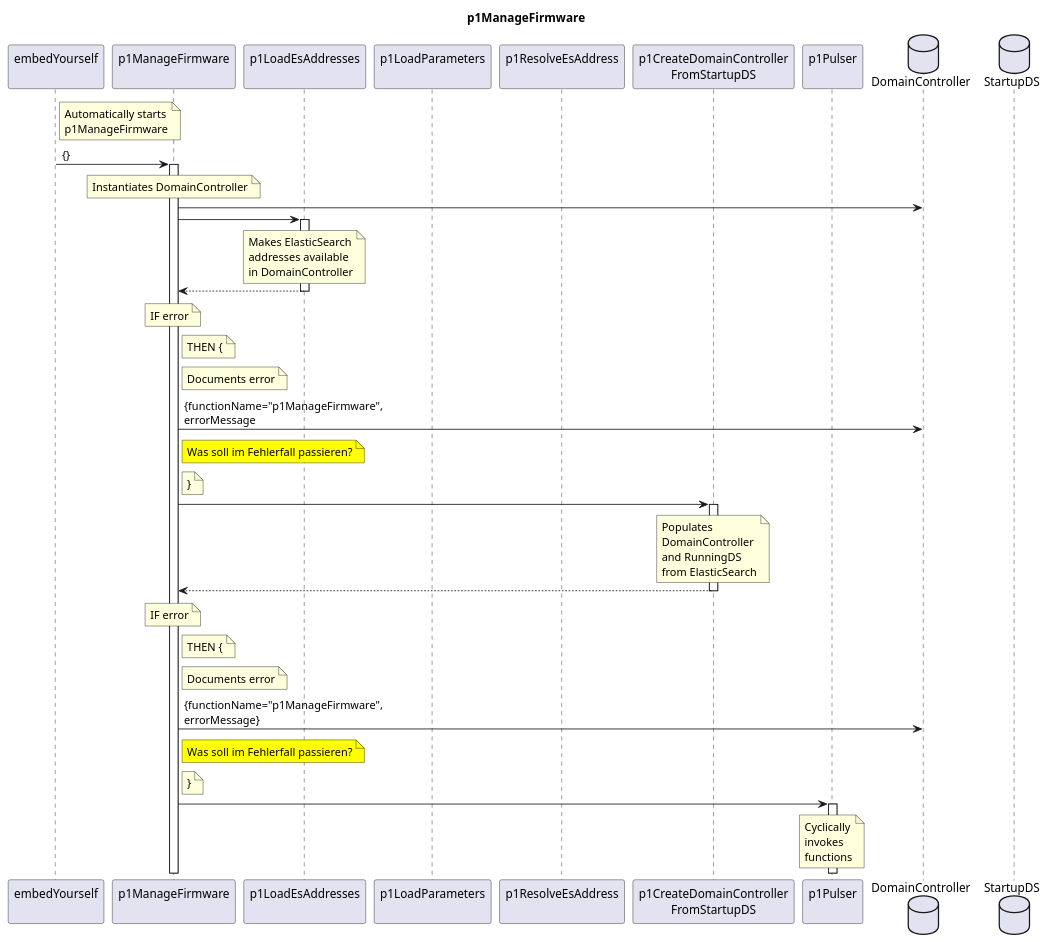
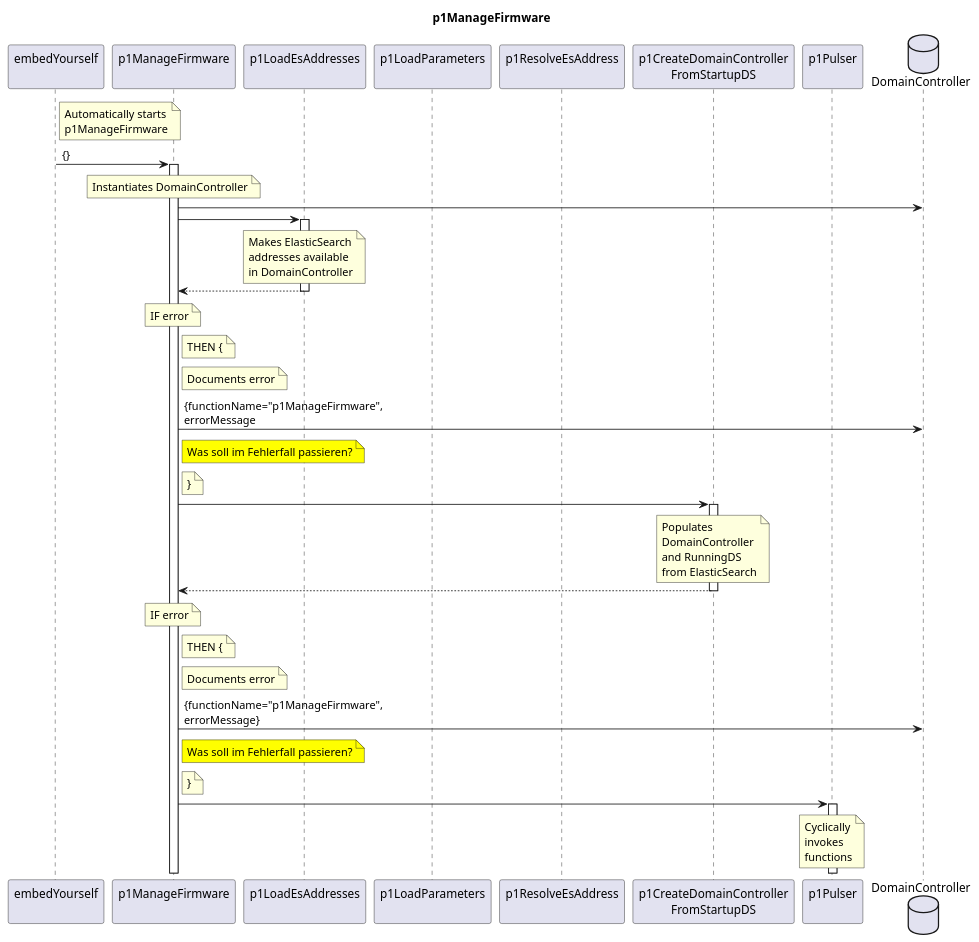
The diagram in spec/Functions/Administrative/p1ManageFirmware/1.0.0/p1ManageFirmware.plantuml (openBackhaul/FirmWareManager), drawn with PlantUML before and after one commit. The commit also changed 10 other files, not shown here.

```diff
--- a/spec/Functions/Administrative/p1ManageFirmware/1.0.0/p1ManageFirmware.plantuml
+++ b/spec/Functions/Administrative/p1ManageFirmware/1.0.0/p1ManageFirmware.plantuml
@@ -1,91 +1,90 @@
 @startuml p1ManageFirmware
 skinparam responseMessageBelowArrow true
 
 title
   p1ManageFirmware
 end title
 
 participant "embedYourself\n" as embed
 participant "p1ManageFirmware\n" as p1ManaFw
 participant "p1LoadEsAddresses\n" as p1LEA
 participant "p1LoadParameters\n" as p1LP
 participant "p1ResolveEsAddress\n" as p1REA
 participant "p1CreateDomainController\nFromStartupDS" as p1CDCFS
 participant "p1Pulser\n" as p1Puls
 database "DomainController" as DC
-database "StartupDS" as StartDS
 
 note right embed
   Automatically starts
   p1ManageFirmware
 end note
 embed -> p1ManaFw : {}
 activate p1ManaFw
 
   note over p1ManaFw
     Instantiates DomainController
   end note
   p1ManaFw -> DC
 
   p1ManaFw -> p1LEA
   activate p1LEA
     note over p1LEA
       Makes ElasticSearch
       addresses available
       in DomainController
     end note
   p1ManaFw <-- p1LEA
   deactivate p1LEA
   note over p1ManaFw
     IF error
   end note
   note right p1ManaFw
     THEN {
   end note
   note right p1ManaFw
     Documents error
   end note
   p1ManaFw -> DC: {functionName="p1ManageFirmware",\nerrorMessage
   note right p1ManaFw #Yellow
     Was soll im Fehlerfall passieren?
   end note
   note right p1ManaFw
     }
   end note
 
   p1ManaFw -> p1CDCFS
   activate p1CDCFS
     note over p1CDCFS
       Populates
       DomainController
       and RunningDS
       from ElasticSearch
     end note
   p1ManaFw <-- p1CDCFS
   deactivate p1CDCFS
   note over p1ManaFw
     IF error
   end note
   note right p1ManaFw
     THEN {
   end note
   note right p1ManaFw
     Documents error
   end note
   p1ManaFw -> DC: {functionName="p1ManageFirmware",\nerrorMessage}
   note right p1ManaFw #Yellow
     Was soll im Fehlerfall passieren?
   end note
   note right p1ManaFw
     }
   end note
   
   p1ManaFw -> p1Puls
   activate p1Puls
     note over p1Puls
       Cyclically
       invokes
       functions
     end note
 
 @enduml
```
